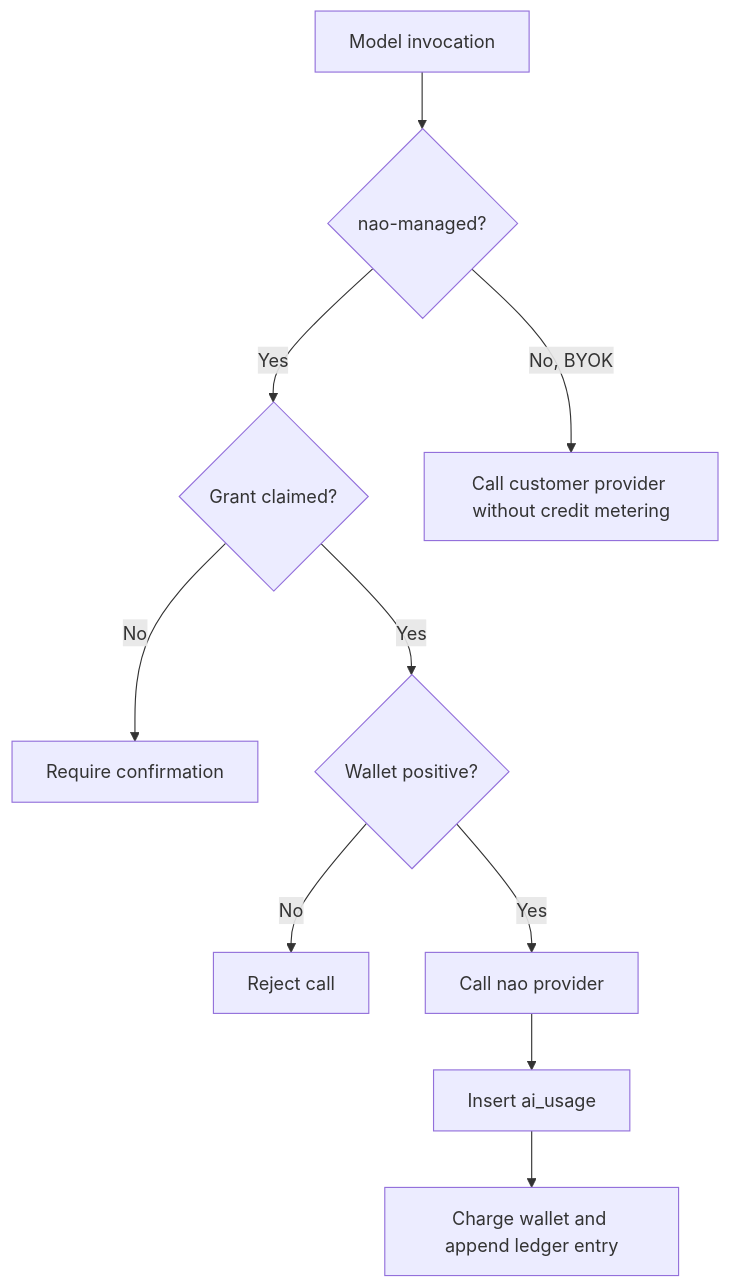
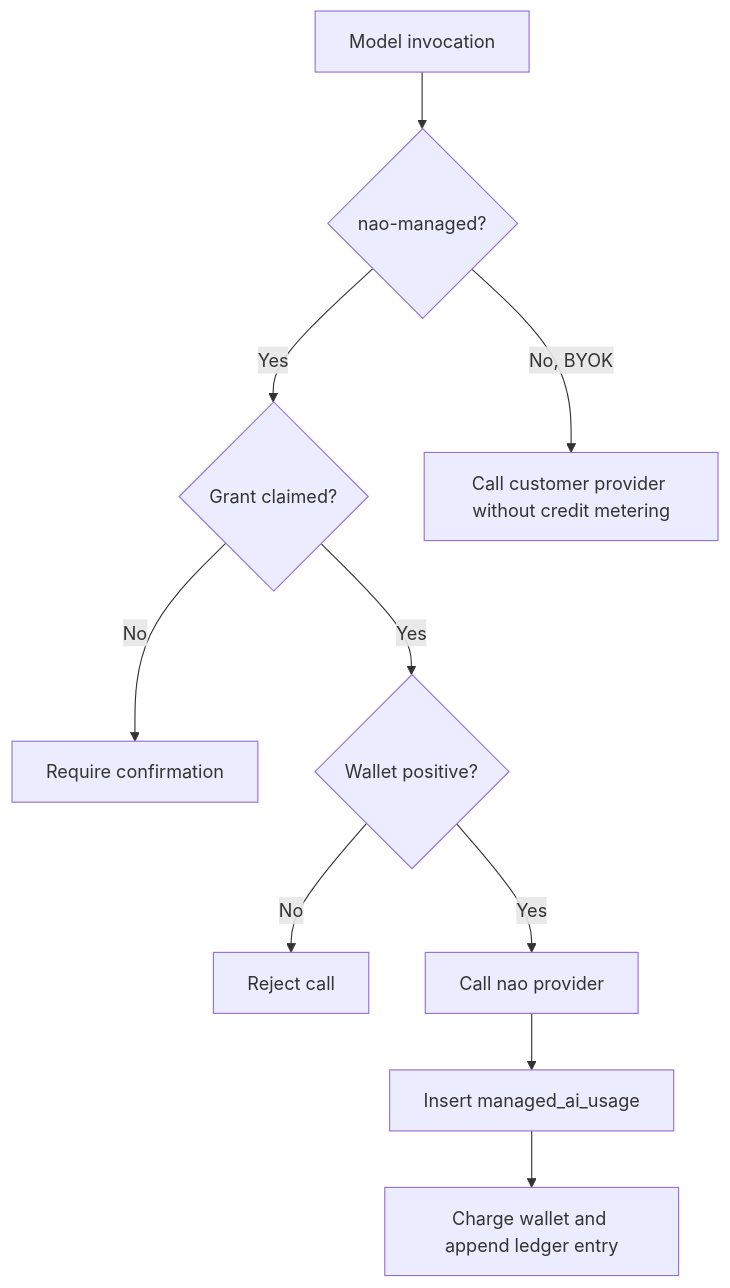
One commit to Charlesdoiron/nao changed the second of 3 diagrams in nao-managed-ai-credits.md. Above: the diagram before and after it, drawn with Mermaid. The commit also changed other lines of this file and 26 other files, not shown here.

````diff
--- a/nao-managed-ai-credits.md
+++ b/nao-managed-ai-credits.md
@@ -52,12 +52,12 @@
 ```mermaid
 flowchart TB
     request["Model invocation"] --> managed{"nao-managed?"}
     managed -->|Yes| claimed{"Grant claimed?"}
     claimed -->|No| confirm["Require confirmation"]
     claimed -->|Yes| balance{"Wallet positive?"}
     balance -->|No| blocked["Reject call"]
     balance -->|Yes| provider["Call nao provider"]
     managed -->|No, BYOK| byokProvider["Call customer provider without credit metering"]
-    provider --> usage["Insert ai_usage"]
+    provider --> usage["Insert managed_ai_usage"]
     usage --> charge["Charge wallet and append ledger entry"]
 ```
````
